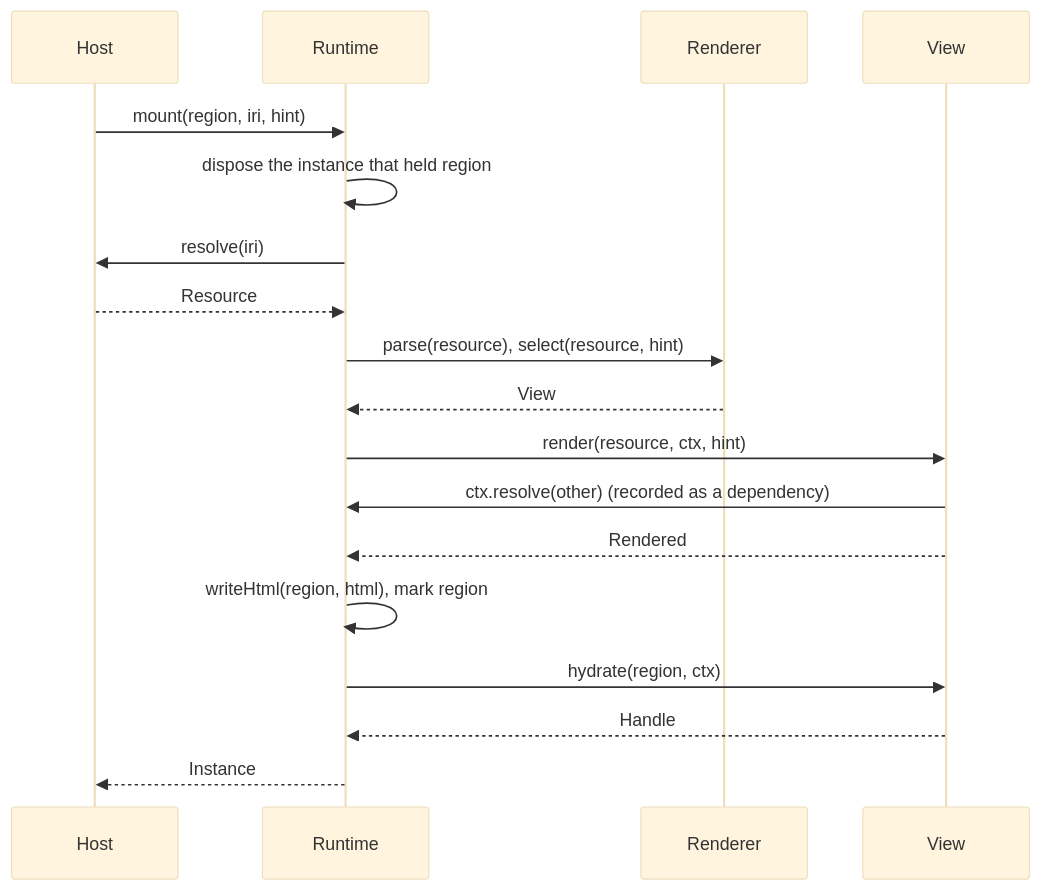
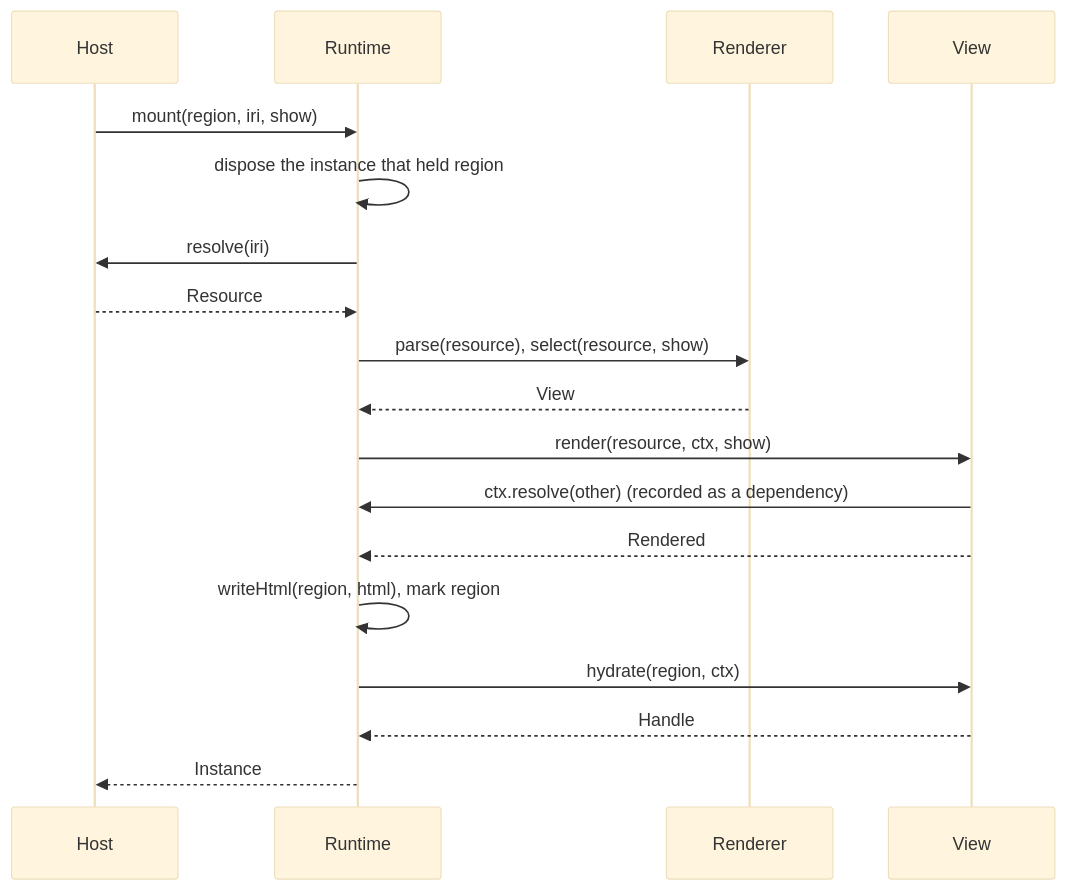
The first of 4 diagrams in docs/reference/rendering.mdx (aleph-garden/vitrine), drawn with Mermaid (base theme) before and after one commit. The commit also changed other lines of this file and 30 other files, not shown here.

Commit message:
refactor!: rename Hint to Show

````diff
--- a/docs/reference/rendering.mdx
+++ b/docs/reference/rendering.mdx
@@ -31,20 +31,20 @@
 ```mermaid
 sequenceDiagram
   participant Host
   participant Runtime
   participant Renderer
   participant View
-  Host->>Runtime: mount(region, iri, hint)
+  Host->>Runtime: mount(region, iri, show)
   Runtime->>Runtime: dispose the instance that held region
   Runtime->>Host: resolve(iri)
   Host-->>Runtime: Resource
-  Runtime->>Renderer: parse(resource), select(resource, hint)
+  Runtime->>Renderer: parse(resource), select(resource, show)
   Renderer-->>Runtime: View
-  Runtime->>View: render(resource, ctx, hint)
+  Runtime->>View: render(resource, ctx, show)
   View->>Runtime: ctx.resolve(other)   (recorded as a dependency)
   View-->>Runtime: Rendered
   Runtime->>Runtime: writeHtml(region, html), mark region
   Runtime->>View: hydrate(region, ctx)
   View-->>Runtime: Handle
   Runtime-->>Host: Instance
 ```
````
